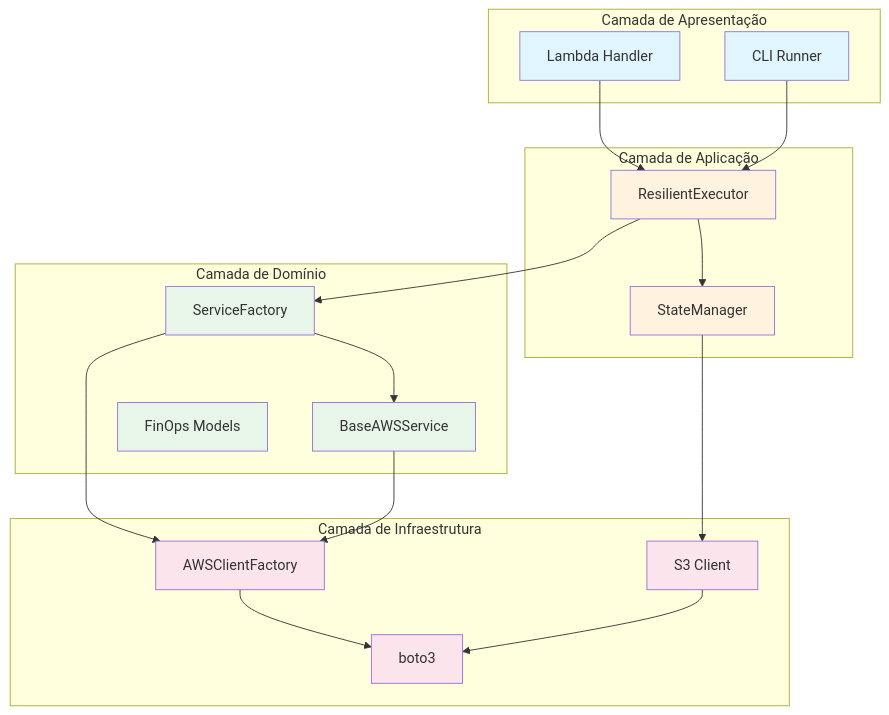
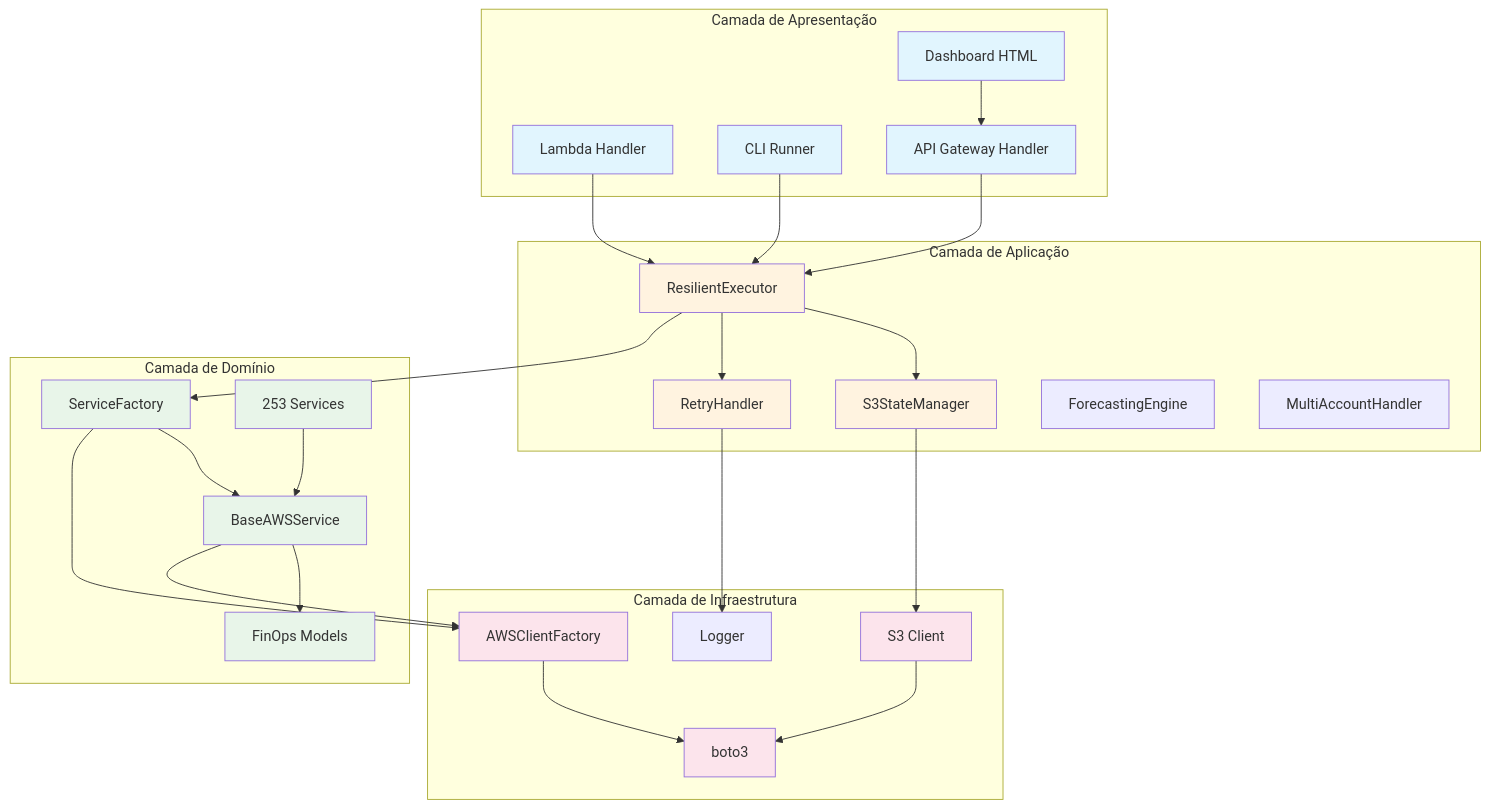
Before and after one commit to FELIPEACASTRO/finops-aws-bdr: the sixth of 9 diagrams in docs/TECHNICAL_GUIDE.md, drawn with Mermaid. The commit also changed other lines of this file and 6 other files, not shown here.

````diff
--- a/docs/TECHNICAL_GUIDE.md
+++ b/docs/TECHNICAL_GUIDE.md
@@ -212,46 +1388,67 @@
 ```mermaid
 graph TD
     subgraph "Camada de Apresentação"
         A[Lambda Handler]
         B[CLI Runner]
+        C[API Gateway Handler]
+        D[Dashboard HTML]
     end
     
     subgraph "Camada de Aplicação"
-        C[ResilientExecutor]
-        D[StateManager]
+        E[ResilientExecutor]
+        F[S3StateManager]
+        G[RetryHandler]
+        H[ForecastingEngine]
+        I[MultiAccountHandler]
     end
     
     subgraph "Camada de Domínio"
-        E[ServiceFactory]
-        F[BaseAWSService]
-        G[FinOps Models]
+        J[ServiceFactory]
+        K[BaseAWSService]
+        L[FinOps Models]
+        M[253 Services]
     end
     
     subgraph "Camada de Infraestrutura"
-        H[AWSClientFactory]
-        I[S3 Client]
-        J[boto3]
+        N[AWSClientFactory]
+        O[S3 Client]
+        P[boto3]
+        Q[Logger]
     end
     
-    A --> C
-    B --> C
-    C --> D
+    A --> E
+    B --> E
     C --> E
-    D --> I
+    D --> C
+    
     E --> F
-    E --> H
-    F --> H
-    H --> J
-    I --> J
+    E --> G
+    E --> J
+    
+    F --> O
+    G --> Q
+    
+    J --> K
+    J --> N
+    K --> L
+    K --> N
+    M --> K
+    
+    N --> P
+    O --> P
     
     style A fill:#e1f5fe
     style B fill:#e1f5fe
-    style C fill:#fff3e0
-    style D fill:#fff3e0
-    style E fill:#e8f5e9
-    style F fill:#e8f5e9
-    style G fill:#e8f5e9
-    style H fill:#fce4ec
-    style I fill:#fce4ec
-    style J fill:#fce4ec
+    style C fill:#e1f5fe
+    style D fill:#e1f5fe
+    style E fill:#fff3e0
+    style F fill:#fff3e0
+    style G fill:#fff3e0
+    style J fill:#e8f5e9
+    style K fill:#e8f5e9
+    style L fill:#e8f5e9
+    style M fill:#e8f5e9
+    style N fill:#fce4ec
+    style O fill:#fce4ec
+    style P fill:#fce4ec
 ```
````
